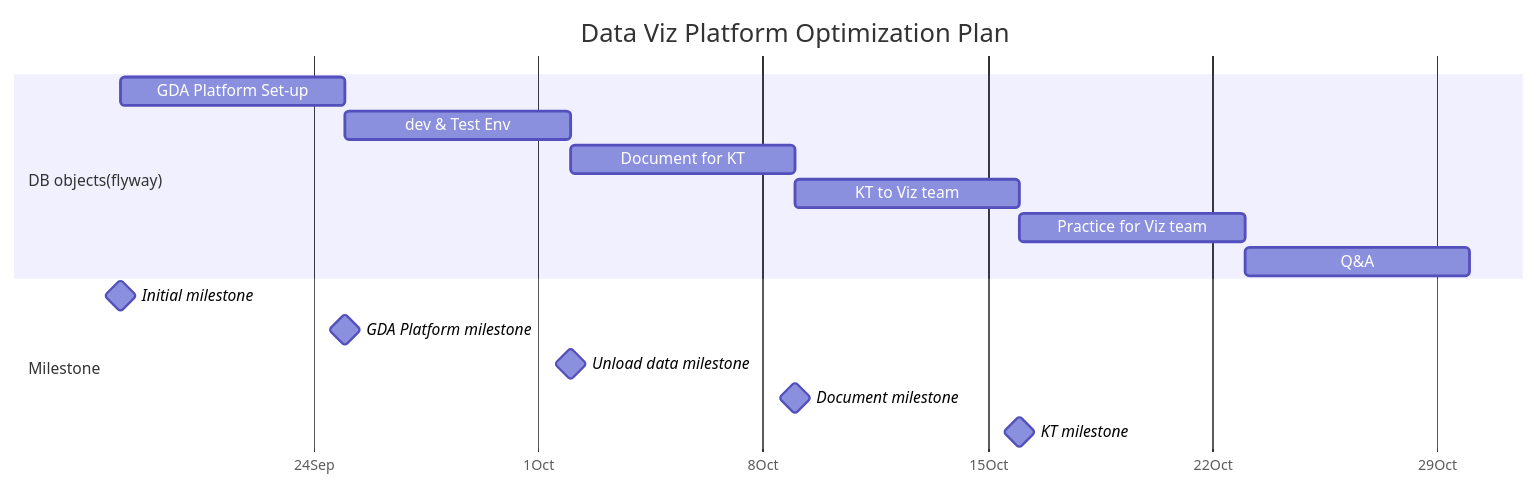
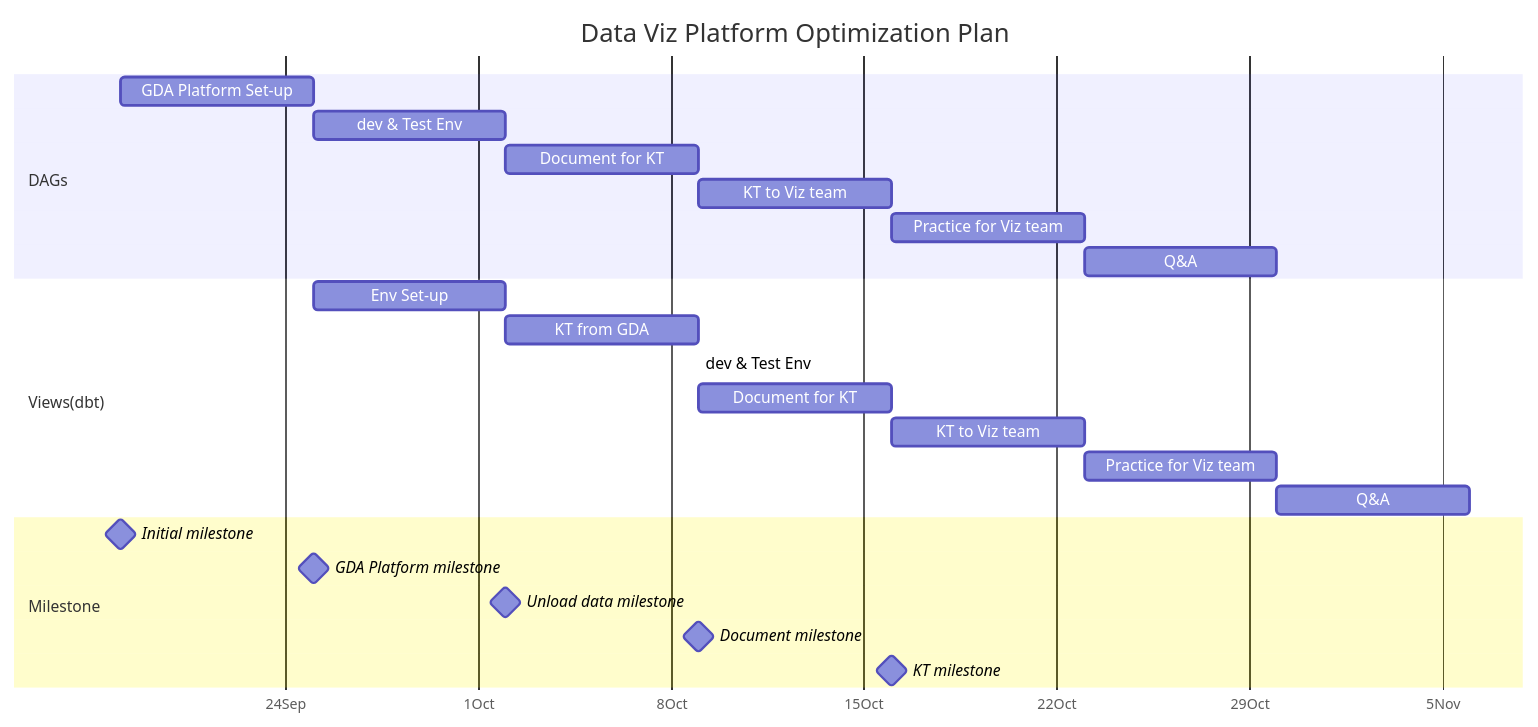
Before and after one commit to Jamesxuxiao/plan: the diagram in Plan.md, drawn with Mermaid.

````diff
--- a/Plan.md
+++ b/Plan.md
@@ -6,28 +6,37 @@
 ```mermaid
 gantt
     dateFormat  YYYY-MM-DD
     title       Data Viz Platform Optimization Plan
     axisFormat %e%b
     todayMarker on
     %%excludes    weekends
     tickInterval 1week
     %% (`excludes` accepts specific dates in YYYY-MM-DD format, days of the week ("sunday") or "weekends", but not the word "weekdays".)
 
 
     section A ridiculously <br> long section <br> name
 
-    section DB objects(flyway)
+    section DAGs
     GDA Platform Set-up         :    des11, after m0, 1w
     dev & Test Env              :    des12, after des11, 1w
     Document for KT             :    des13, after des12, 1w
     KT to Viz team              :    des14, after des13, 1w
     Practice for Viz team       :    des15, after des14, 1w
     Q&A                         :    des16, after des15, 1w
+
+    section Views(dbt)
+    Env Set-up                  :    des41, after des11, 1w
+    KT from GDA                 :    des42, after des41, 1w
+    dev & Test Env              :    des43, after des42,des13 1w
+    Document for KT             :    des44, after des43, 1w
+    KT to Viz team              :    des45, after des44, 1w
+    Practice for Viz team       :    des46, after des45, 1w
+    Q&A                         :    des47, after des46, 1w
 
     section Milestone
     Initial milestone           : milestone, m0, 2023-09-18,2min
     GDA Platform milestone      : milestone, m1, after des11, 2min
     Unload data milestone       : milestone, m2, after des12, 2min
     Document milestone          : milestone, m3, after des13, 2min
     KT milestone                : milestone, m5, after des14, 2min
 ```
````
